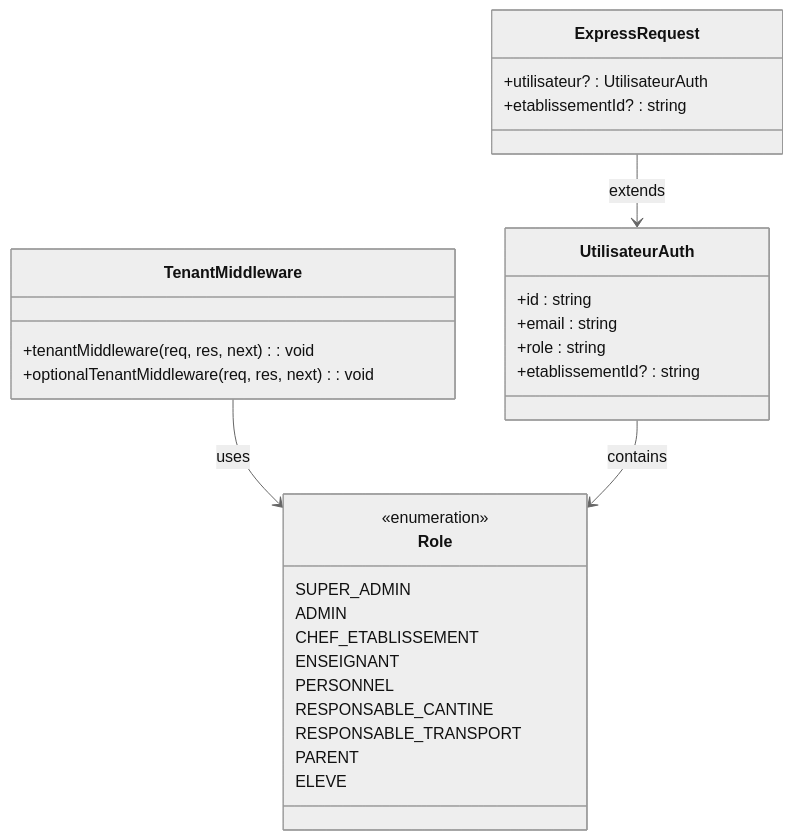
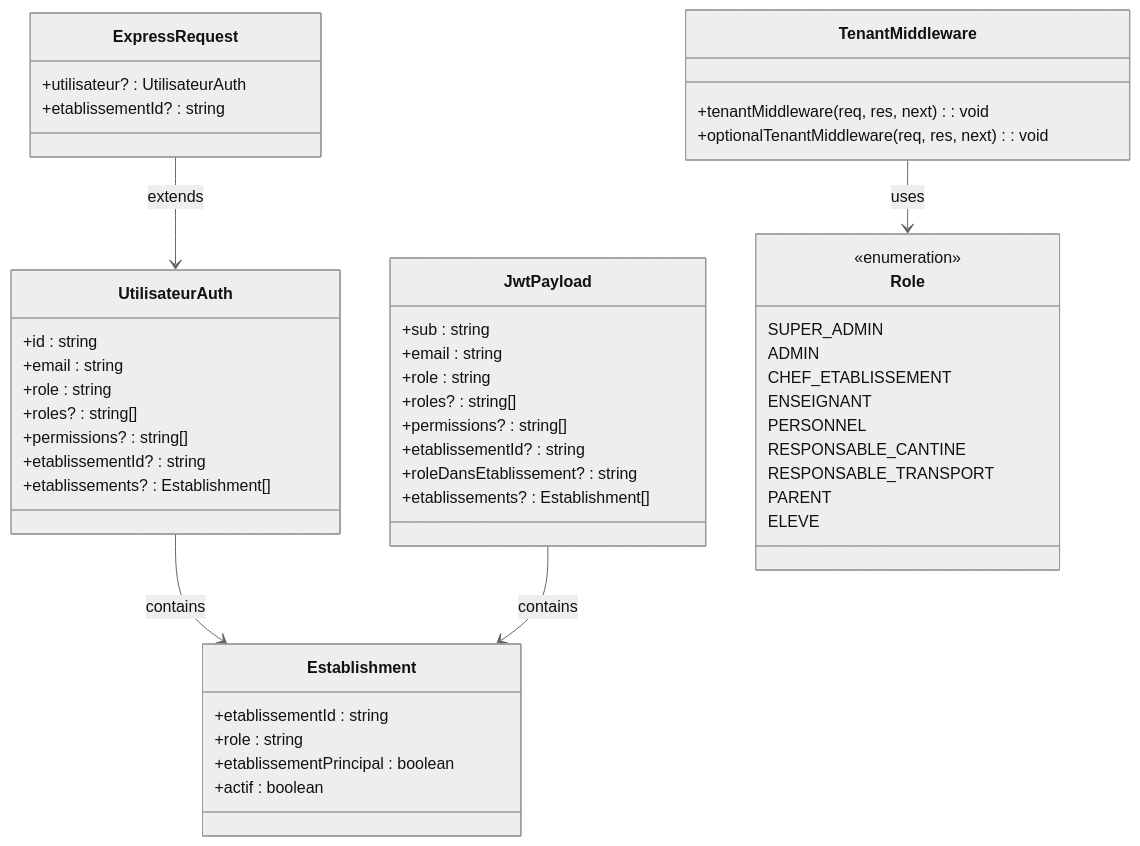
Before and after one commit to franckylab/eLISAschool: the fourth of 6 diagrams in .qoder/repowiki/en/content/Modules & Features/Administrative Modules/Security & Governance/Tenant Middleware.md, drawn with Mermaid (neutral theme). The commit also changed other lines of this file and 281 other files, not shown here.

First line of the commit message:
fix(auth): corriger le token incomplet dans EtablissementSwitcher

````diff
--- a/.qoder/repowiki/en/content/Modules & Features/Administrative Modules/Security & Governance/Tenant Middleware.md
+++ b/.qoder/repowiki/en/content/Modules & Features/Administrative Modules/Security & Governance/Tenant Middleware.md
@@ -180,32 +246,52 @@
 ```mermaid
 classDiagram
 class ExpressRequest {
 +utilisateur? : UtilisateurAuth
 +etablissementId? : string
 }
 class UtilisateurAuth {
 +id : string
 +email : string
 +role : string
++roles? : string[]
++permissions? : string[]
 +etablissementId? : string
++etablissements? : Establishment[]
+}
+class Establishment {
++etablissementId : string
++role : string
++etablissementPrincipal : boolean
++actif : boolean
 }
 class TenantMiddleware {
 +tenantMiddleware(req, res, next) : void
 +optionalTenantMiddleware(req, res, next) : void
+}
+class JwtPayload {
++sub : string
++email : string
++role : string
++roles? : string[]
++permissions? : string[]
++etablissementId? : string
++roleDansEtablissement? : string
++etablissements? : Establishment[]
 }
 class Role {
 <<enumeration>>
 SUPER_ADMIN
 ADMIN
 CHEF_ETABLISSEMENT
 ENSEIGNANT
 PERSONNEL
 RESPONSABLE_CANTINE
 RESPONSABLE_TRANSPORT
 PARENT
 ELEVE
 }
 ExpressRequest --> UtilisateurAuth : extends
 TenantMiddleware --> Role : uses
-UtilisateurAuth --> Role : contains
+UtilisateurAuth --> Establishment : contains
+JwtPayload --> Establishment : contains
 ```
````
